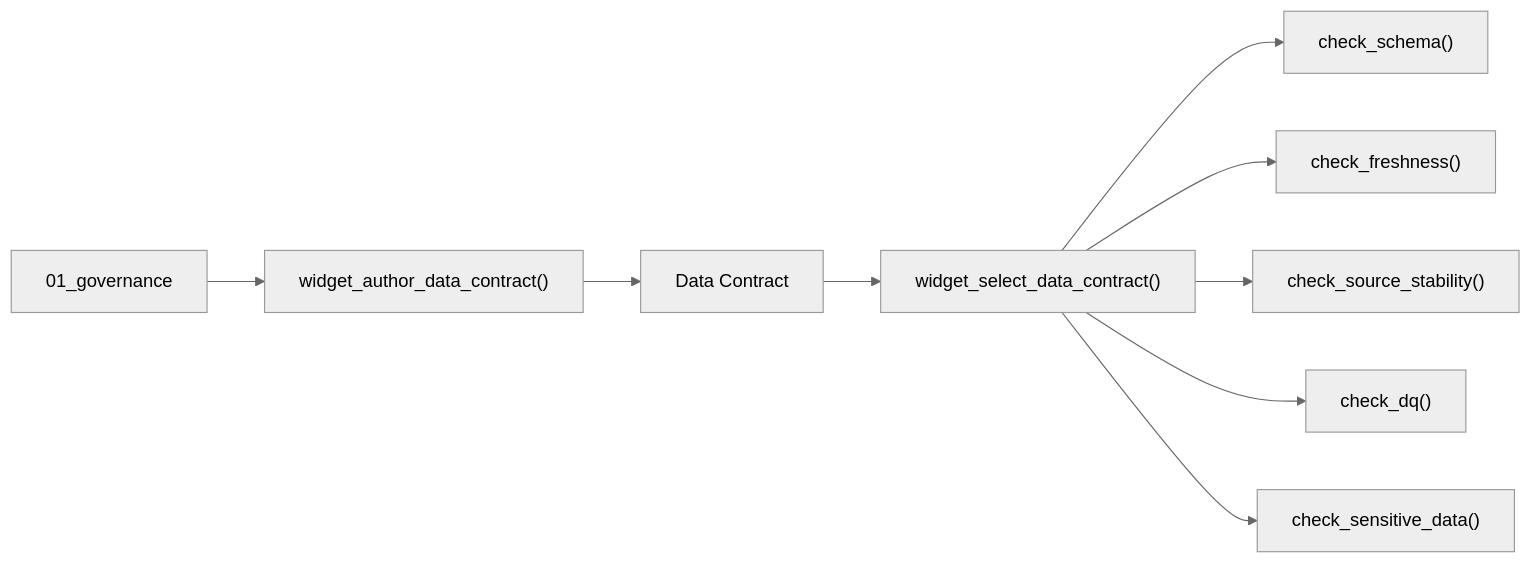
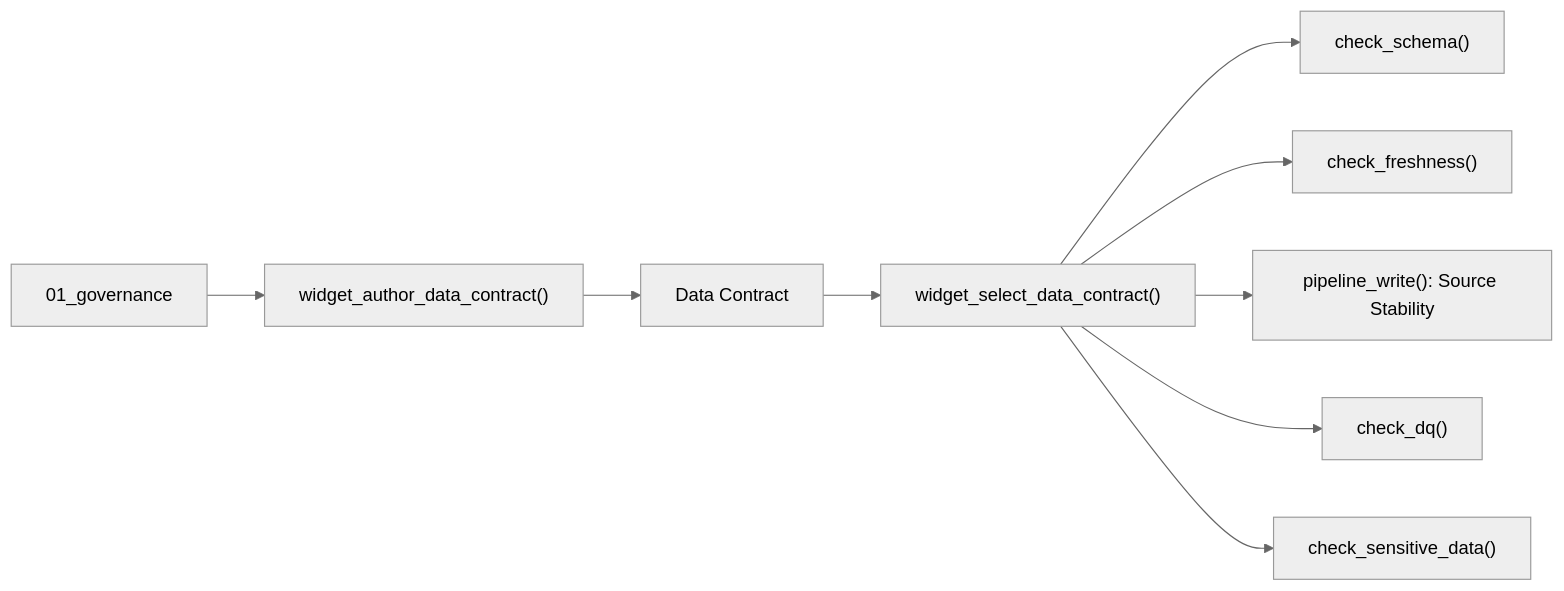
One commit to Voycepeh/FabricOps-Starter-Kit changed the fourth of 5 diagrams in docs/how-fabricops-works.md. Above: the diagram before and after it, drawn with Mermaid (neutral theme). The commit also changed other lines of this file and 29 other files, not shown here.

First line of the commit message:
Absorb Source Observation into pipeline orchestration (#1288)

````diff
--- a/docs/how-fabricops-works.md
+++ b/docs/how-fabricops-works.md
@@ -196,11 +196,11 @@
 ```mermaid
 flowchart LR
     GOV["01_governance"] --> AUTHOR["widget_author_data_contract()"]
     AUTHOR --> CONTRACT["Data Contract"]
     CONTRACT --> SELECT["widget_select_data_contract()"]
     SELECT --> SCHEMA["check_schema()"]
     SELECT --> FRESH["check_freshness()"]
-    SELECT --> STABILITY["check_source_stability()"]
+    SELECT --> STABILITY["pipeline_write(): Source Stability"]
     SELECT --> DQ["check_dq()"]
     SELECT --> SENSITIVE["check_sensitive_data()"]
 ```
````
